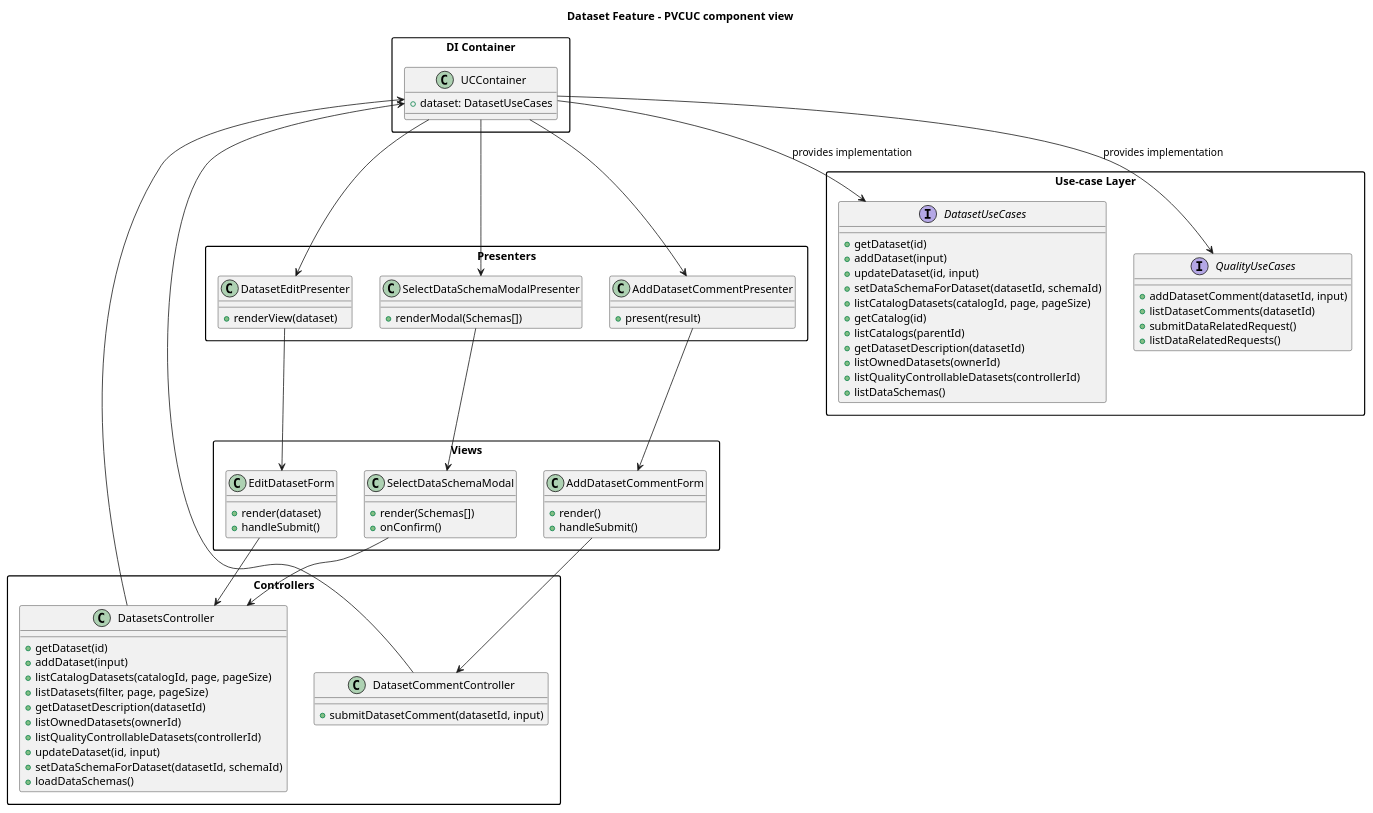
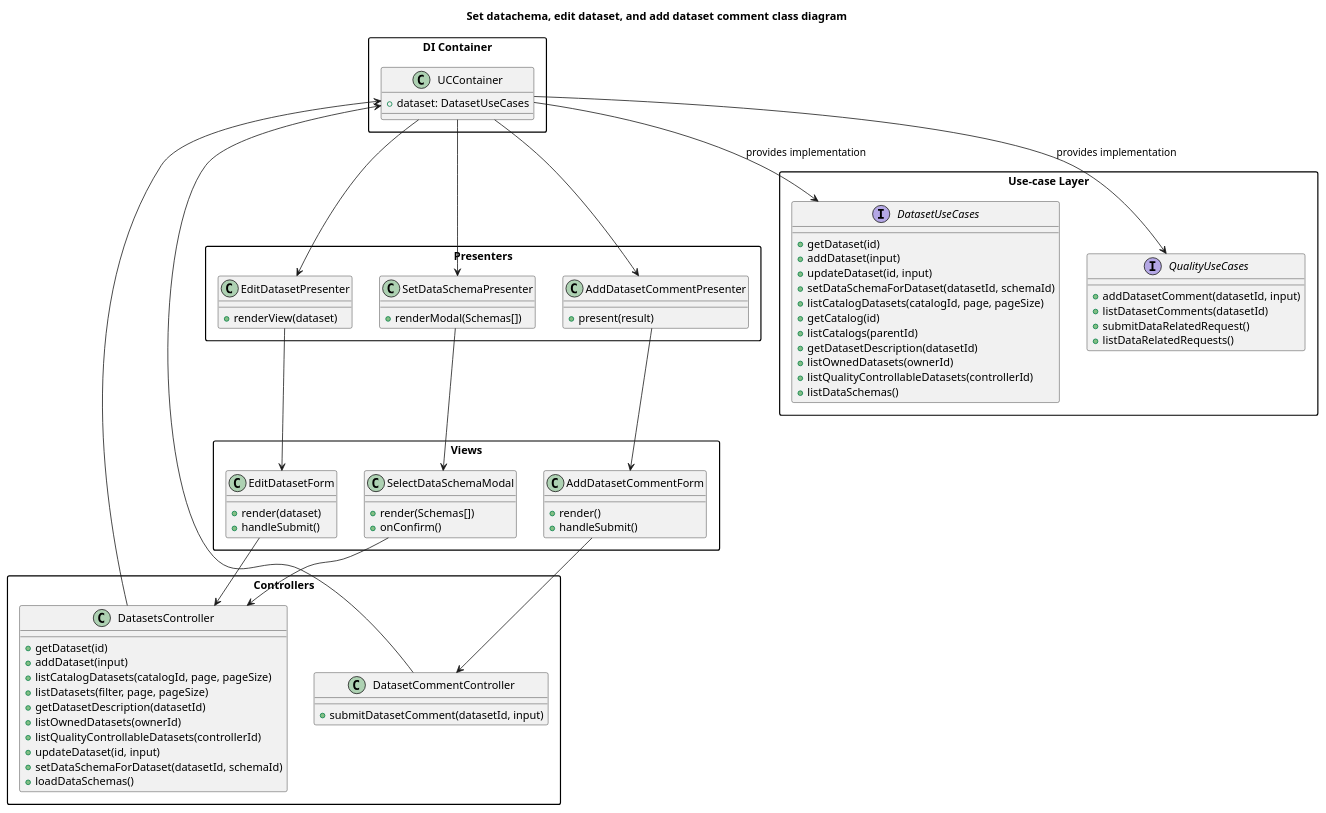
One commit to POP2025-EEPW/doorce-frontend changed the diagram in diagrams/class/group2.puml. Above: the diagram before and after it, drawn with PlantUML. The commit also changed 2 other files, not shown here.

Commit message:
fix: fixed diagrams for repaired use cases

```diff
--- a/diagrams/class/group2.puml
+++ b/diagrams/class/group2.puml
@@ -1,96 +1,96 @@
 @startuml
-title Dataset Feature - PVCUC component view
+title Set datachema, edit dataset, and add dataset comment class diagram
 
 skinparam packageStyle rectangle
 
 package "Views" {
   class EditDatasetForm {
     +render(dataset)
     +handleSubmit()
   }
 
   class SelectDataSchemaModal {
     +render(Schemas[])
     +onConfirm()
   }
   class AddDatasetCommentForm {
     +render()
     +handleSubmit()
   }
 }
 
 package "Presenters" {
-  class DatasetEditPresenter {
+  class EditDatasetPresenter {
     +renderView(dataset)
   }
 
-  class SelectDataSchemaModalPresenter {
+  class SetDataSchemaPresenter {
     +renderModal(Schemas[])
   }
 
   class AddDatasetCommentPresenter {
     +present(result)
   }
 }
 
 package "Controllers" {
   class DatasetsController {
     +getDataset(id)
     +addDataset(input)
     +listCatalogDatasets(catalogId, page, pageSize)
     +listDatasets(filter, page, pageSize)
     +getDatasetDescription(datasetId)
     +listOwnedDatasets(ownerId)
     +listQualityControllableDatasets(controllerId)
     +updateDataset(id, input)
     +setDataSchemaForDataset(datasetId, schemaId)
     +loadDataSchemas()
   }
   class DatasetCommentController {
     +submitDatasetComment(datasetId, input)
     }
 }
 
 package "Use-case Layer" {
 interface DatasetUseCases {
     +getDataset(id)
     +addDataset(input)
     +updateDataset(id, input)
     +setDataSchemaForDataset(datasetId, schemaId)
     +listCatalogDatasets(catalogId, page, pageSize)
     +getCatalog(id)
     +listCatalogs(parentId)
     +getDatasetDescription(datasetId)
     +listOwnedDatasets(ownerId)
     +listQualityControllableDatasets(controllerId)
     +listDataSchemas()
   }
  interface QualityUseCases {
     +addDatasetComment(datasetId, input)
     +listDatasetComments(datasetId)
     +submitDataRelatedRequest()
     +listDataRelatedRequests()
   }
 }
 
 package "DI Container" {
   class UCContainer {
     +dataset: DatasetUseCases
   }
 }
 
 SelectDataSchemaModal --> DatasetsController
 EditDatasetForm --> DatasetsController
 DatasetsController --> UCContainer
-UCContainer --> DatasetEditPresenter
-UCContainer --> SelectDataSchemaModalPresenter
-DatasetEditPresenter --> EditDatasetForm
-SelectDataSchemaModalPresenter --> SelectDataSchemaModal
+UCContainer --> EditDatasetPresenter
+UCContainer --> SetDataSchemaPresenter
+EditDatasetPresenter --> EditDatasetForm
+SetDataSchemaPresenter --> SelectDataSchemaModal
 DatasetCommentController --> UCContainer
 AddDatasetCommentPresenter --> AddDatasetCommentForm
 UCContainer --> AddDatasetCommentPresenter
 AddDatasetCommentForm --> DatasetCommentController
 
 UCContainer --> DatasetUseCases : provides implementation
 UCContainer --> QualityUseCases : provides implementation
 @enduml
```
